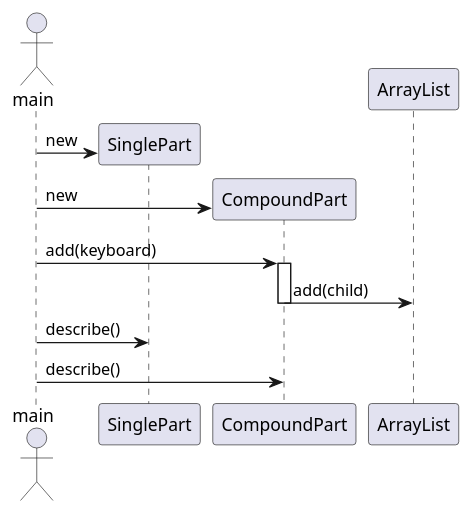
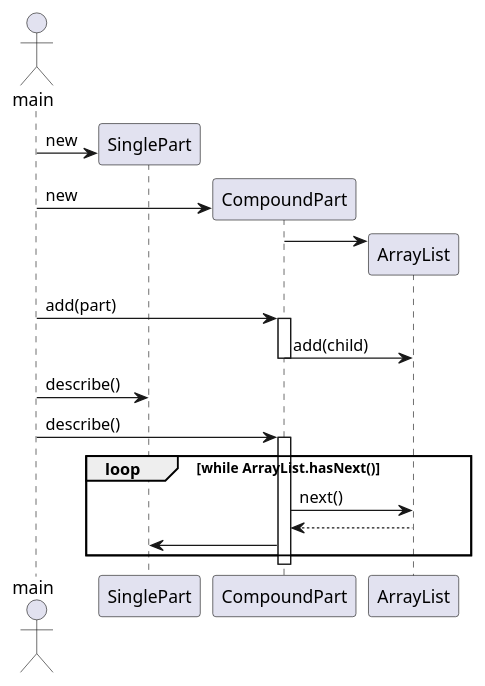
The diagram in Composite/uml/SequenceDiagram.puml (BeqaKhaburdzania/FreeUni-SDP-2013-Lab-UML), drawn with PlantUML before and after one commit.

Commit message:
Added delegating calls to children from compound.

```diff
--- a/Composite/uml/SequenceDiagram.puml
+++ b/Composite/uml/SequenceDiagram.puml
@@ -1,19 +1,28 @@
 @startuml
 	actor main
 
     
     create SinglePart
    	main -> SinglePart : new
     create CompoundPart
-   	main -> CompoundPart : new   
+   	main -> CompoundPart : new
+   	create ArrayList
+	CompoundPart -> ArrayList
+   	   
    	
-   	main -> CompoundPart : add(keyboard)
+   	main -> CompoundPart : add(part)
 	activate CompoundPart
+	
  	CompoundPart -> ArrayList : add(child)
     deactivate CompoundPart
     
     main -> SinglePart : describe()
     main -> CompoundPart : describe()
-   
-	
+    activate CompoundPart
+    loop while ArrayList.hasNext()
+	    CompoundPart -> ArrayList : next()
+	    ArrayList --> CompoundPart
+	    CompoundPart -> SinglePart
+    end
+   deactivate CompoundPart	
 @enduml
```
